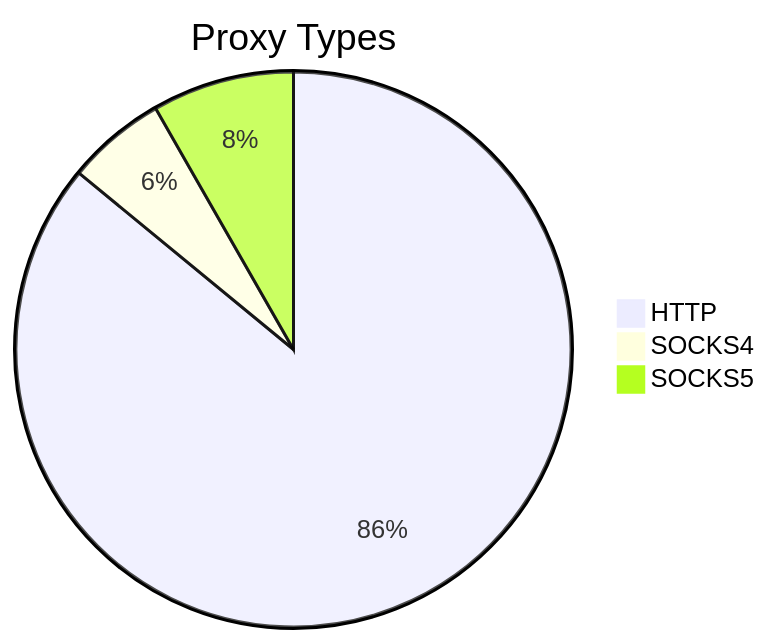
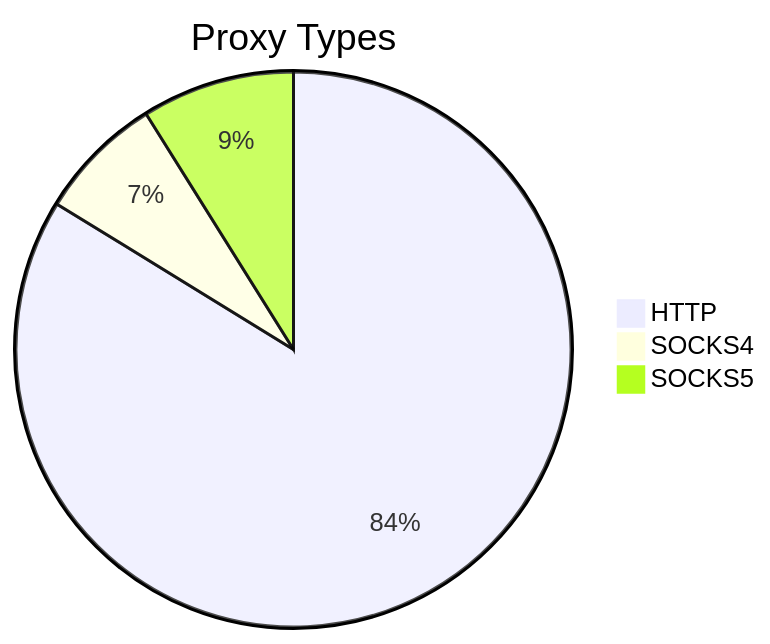
The first of 2 diagrams in README.md (stormsia/proxy-list), drawn with Mermaid before and after one commit. The commit also changed other lines of this file, not shown here.

````diff
--- a/README.md
+++ b/README.md
@@ -21,6 +21,6 @@
 ```mermaid
 pie title Proxy Types
-    "HTTP" : 863
-    "SOCKS4" : 58
-    "SOCKS5" : 83
+    "HTTP" : 857
+    "SOCKS4" : 75
+    "SOCKS5" : 91
 ```
````
